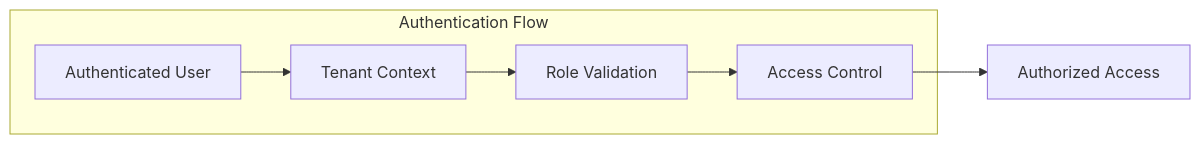
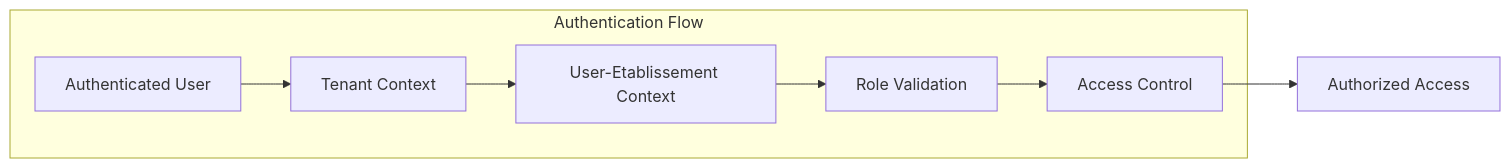
One commit to franckylab/eLISAschool changed diagram 13 of 15 in .qoder/repowiki/en/content/Modules & Features/Administrative Modules/Establishment Management.md. Above: the diagram before and after it, drawn with Mermaid. The commit also changed other lines of this file and 75 other files, not shown here.

````diff
--- a/.qoder/repowiki/en/content/Modules & Features/Administrative Modules/Establishment Management.md
+++ b/.qoder/repowiki/en/content/Modules & Features/Administrative Modules/Establishment Management.md
@@ -373,13 +542,15 @@
 ```mermaid
 graph LR
 subgraph "Authentication Flow"
 User["Authenticated User"]
 Tenant["Tenant Context"]
+UserEtab["User-Etablissement Context"]
 Role["Role Validation"]
 Access["Access Control"]
 end
 User --> Tenant
-Tenant --> Role
+Tenant --> UserEtab
+UserEtab --> Role
 Role --> Access
 Access --> Success["Authorized Access"]
 ```
````
